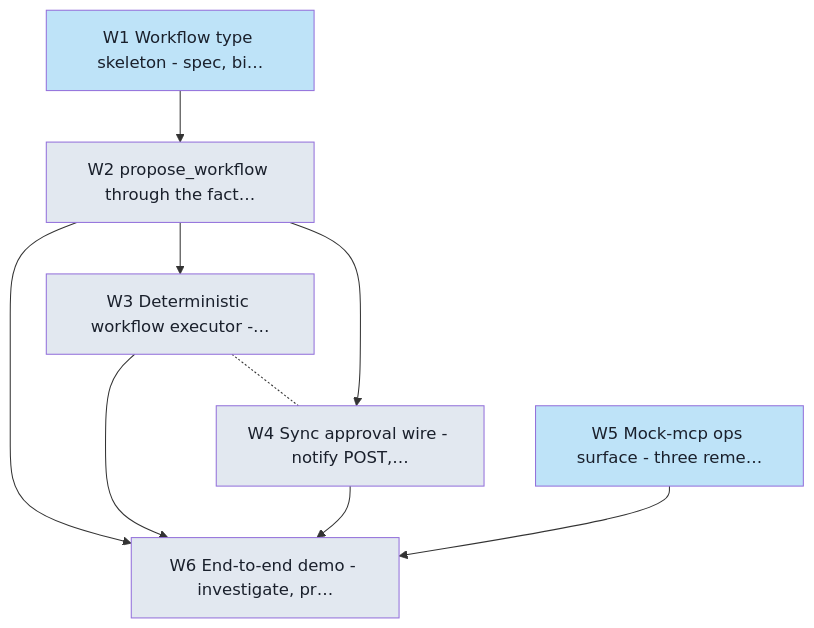
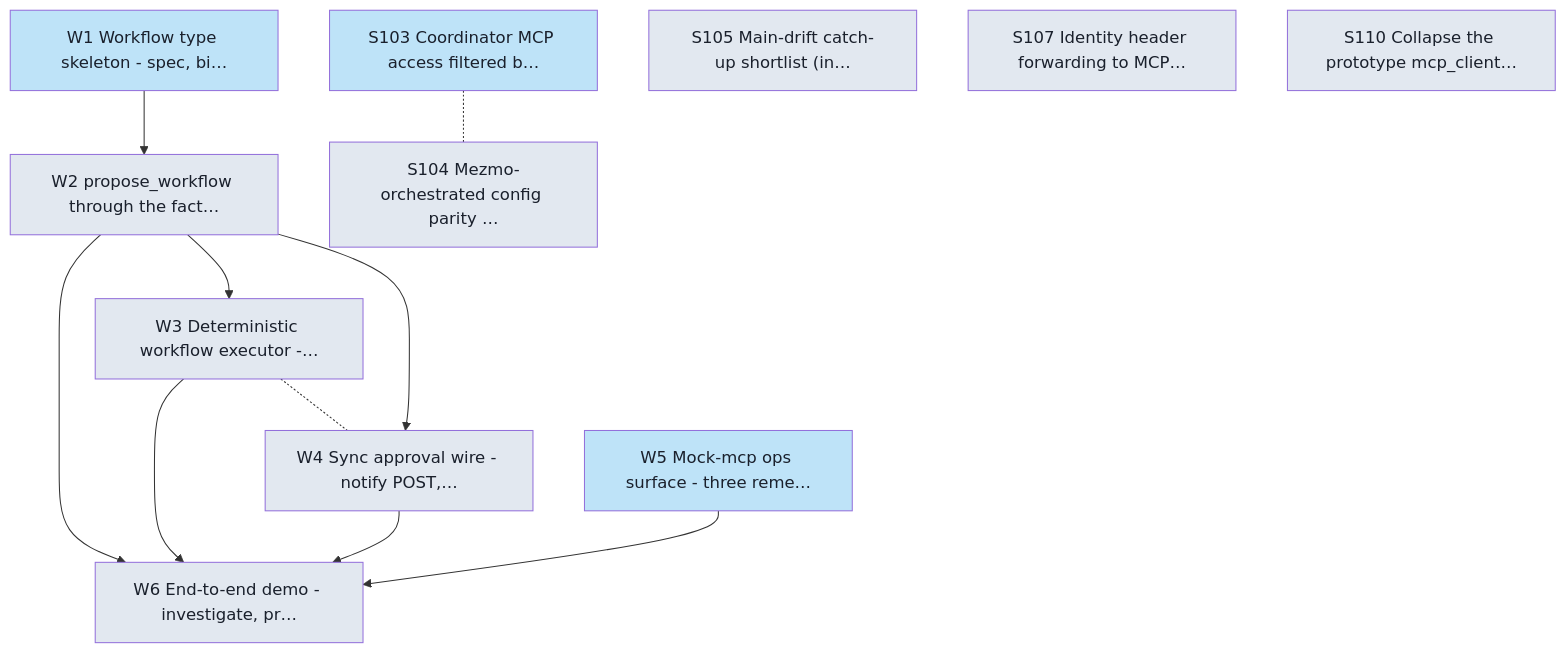
One commit to Shearerbeard/agent-driver-prototype changed the diagram in docs/board/cards/graph.md. Above: the diagram before and after it, drawn with Mermaid. The commit also changed 11 other files, not shown here.

````diff
--- a/docs/board/cards/graph.md
+++ b/docs/board/cards/graph.md
@@ -8,22 +8,28 @@
 ```mermaid
 flowchart TD
   classDef backlog fill:#e2e8f0,color:#1a202c;
   classDef ready fill:#bee3f8,color:#1a202c;
   classDef inprogress fill:#fbd38d,color:#1a202c;
   classDef inreview fill:#d6bcfa,color:#1a202c;
   classDef done fill:#c6f6d5,color:#1a202c;
   W1["W1 Workflow type skeleton - spec, bi…"]:::ready
   W2["W2 propose_workflow through the fact…"]:::backlog
   W3["W3 Deterministic workflow executor -…"]:::backlog
   W4["W4 Sync approval wire - notify POST,…"]:::backlog
   W5["W5 Mock-mcp ops surface - three reme…"]:::ready
   W6["W6 End-to-end demo - investigate, pr…"]:::backlog
+  S103["S103 Coordinator MCP access filtered b…"]:::ready
+  S104["S104 Mezmo-orchestrated config parity …"]:::backlog
+  S105["S105 Main-drift catch-up shortlist (in…"]:::backlog
+  S107["S107 Identity header forwarding to MCP…"]:::backlog
+  S110["S110 Collapse the prototype mcp_client…"]:::backlog
   W1 --> W2
   W2 --> W3
   W3 -.- W4
   W2 --> W4
   W2 --> W6
   W3 --> W6
   W4 --> W6
   W5 --> W6
+  S103 -.- S104
 ```
````
